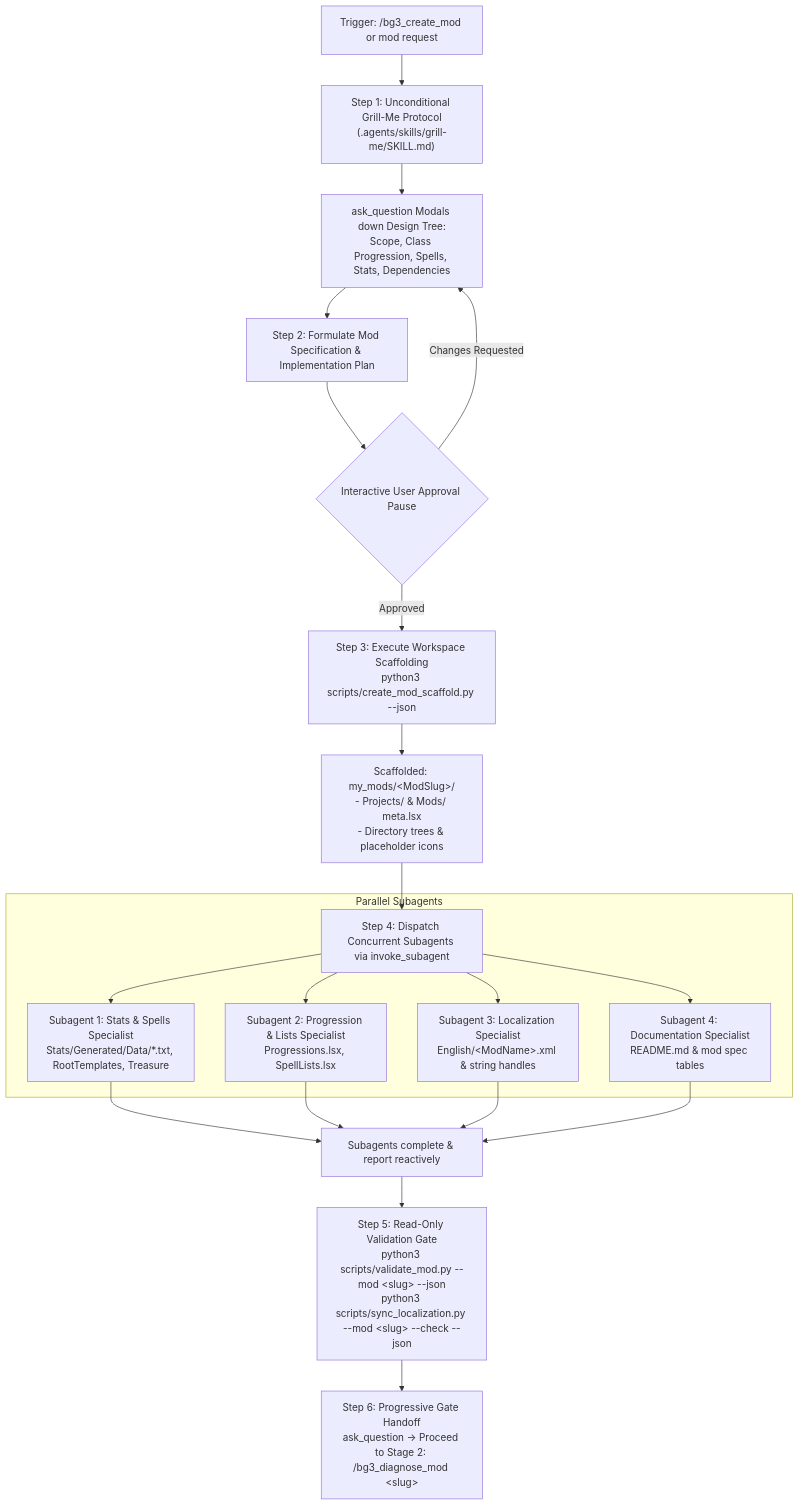
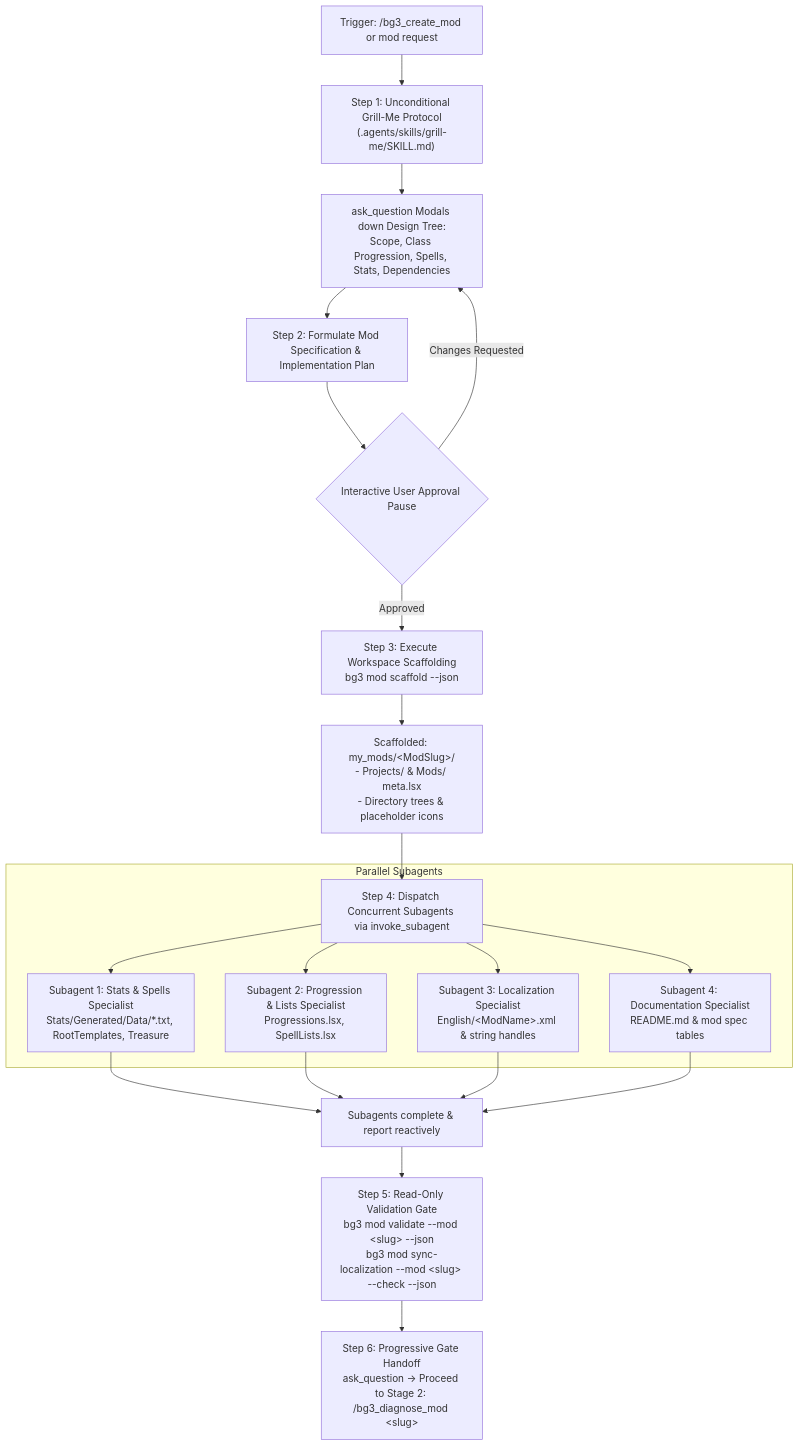
The diagram in .agents/skills/bg3_create_mod/SKILL.md (jpelton-stroud/bg3-mod-studio), drawn with Mermaid before and after one commit. The commit also changed other lines of this file and 101 other files, not shown here.

````diff
--- a/.agents/skills/bg3_create_mod/SKILL.md
+++ b/.agents/skills/bg3_create_mod/SKILL.md
@@ -35,38 +35,38 @@
 ```mermaid
 flowchart TD
     A["Trigger: /bg3_create_mod or mod request"] --> B["Step 1: Unconditional Grill-Me Protocol
 (.agents/skills/grill-me/SKILL.md)"]
     B --> C["ask_question Modals down Design Tree:
 Scope, Class Progression, Spells, Stats, Dependencies"]
     C --> D["Step 2: Formulate Mod Specification & Implementation Plan"]
     D --> E{"Interactive User Approval Pause"}
     E -- "Changes Requested" --> C
     E -- "Approved" --> F["Step 3: Execute Workspace Scaffolding
-python3 scripts/create_mod_scaffold.py --json"]
+bg3 mod scaffold --json"]
     F --> G["Scaffolded: my_mods/&lt;ModSlug&gt;/
 - Projects/ & Mods/ meta.lsx
 - Directory trees & placeholder icons"]
     G --> H["Step 4: Dispatch Concurrent Subagents via invoke_subagent"]
     
     subgraph Parallel Subagents
         H --> I1["Subagent 1: Stats & Spells Specialist
 Stats/Generated/Data/*.txt, RootTemplates, Treasure"]
         H --> I2["Subagent 2: Progression & Lists Specialist
 Progressions.lsx, SpellLists.lsx"]
         H --> I3["Subagent 3: Localization Specialist
 English/&lt;ModName&gt;.xml & string handles"]
         H --> I4["Subagent 4: Documentation Specialist
 README.md & mod spec tables"]
     end
     
     I1 --> J["Subagents complete & report reactively"]
     I2 --> J
     I3 --> J
     I4 --> J
     
     J --> K["Step 5: Read-Only Validation Gate
-python3 scripts/validate_mod.py --mod &lt;slug&gt; --json
-python3 scripts/sync_localization.py --mod &lt;slug&gt; --check --json"]
+bg3 mod validate --mod &lt;slug&gt; --json
+bg3 mod sync-localization --mod &lt;slug&gt; --check --json"]
     K --> L["Step 6: Progressive Gate Handoff
 ask_question -> Proceed to Stage 2: /bg3_diagnose_mod &lt;slug&gt;"]
 ```
````
